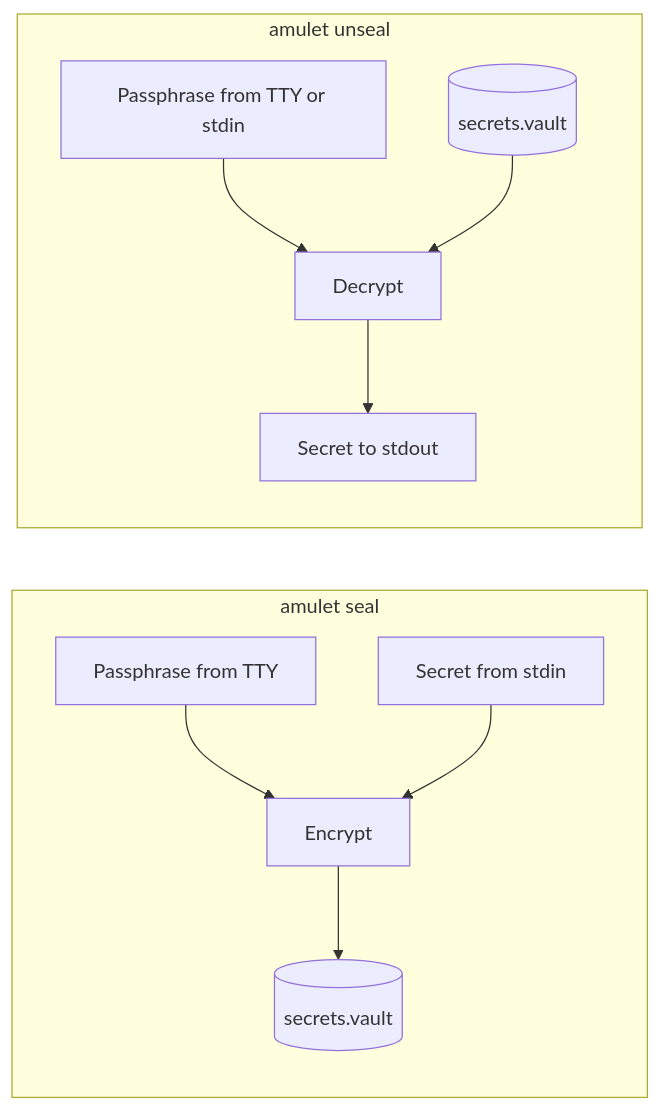
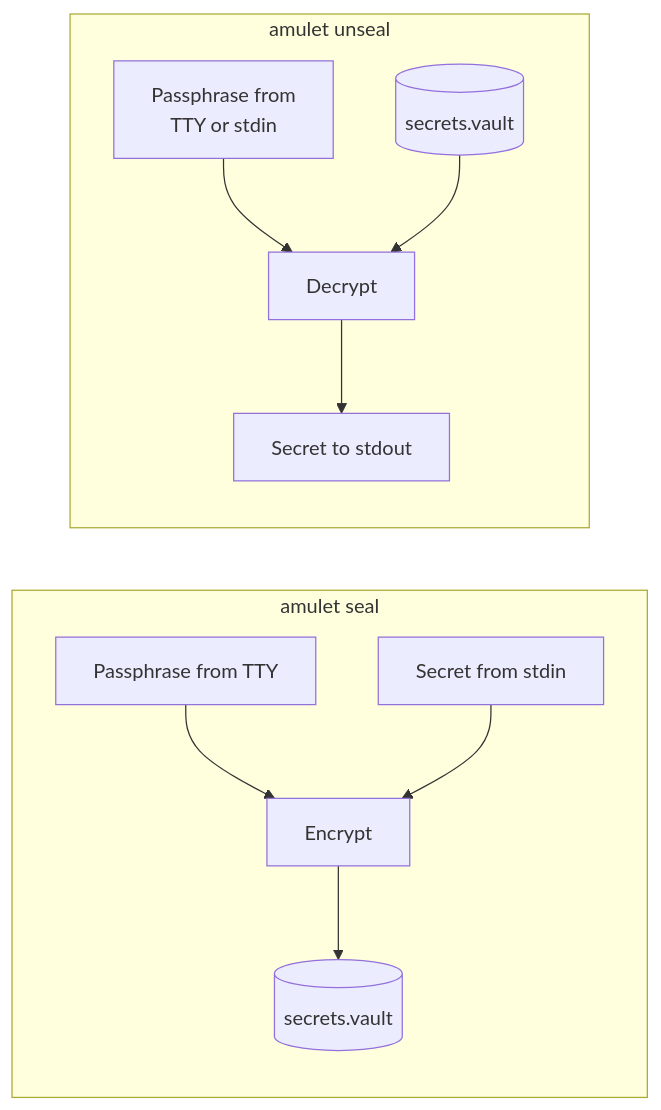
One commit to tsukasa-art/amulet changed the second of 2 diagrams in README.md. Above: the diagram before and after it, drawn with Mermaid. The commit also changed 2 other files, not shown here.

Commit message:
fix: add build_options to build.zig (fixes CI); fix Mermaid node label clipping
- build.zig: add -Dversion option and wire build_options into exe and
  exe_unit_tests so @import("build_options") in main.zig resolves
- README.md, README_JA.md: quote Mermaid node labels and use <br/> to
  prevent text clipping on the flowchart

````diff
--- a/README.md
+++ b/README.md
@@ -53,21 +53,21 @@
 ```mermaid
 flowchart LR
   subgraph seal["amulet seal"]
     direction TB
     t1[Passphrase from TTY]
     i1[Secret from stdin]
     v1[(secrets.vault)]
     t1 --> n1[Encrypt]
     i1 --> n1
     n1 --> v1
   end
   subgraph unseal["amulet unseal"]
     direction TB
-    t2[Passphrase from TTY or stdin]
+    t2["Passphrase from<br/>TTY or stdin"]
     v2[(secrets.vault)]
     o1[Secret to stdout]
     t2 --> n2[Decrypt]
     v2 --> n2
     n2 --> o1
   end
 ```
````
